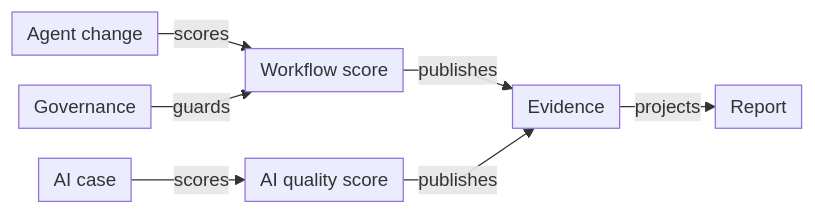
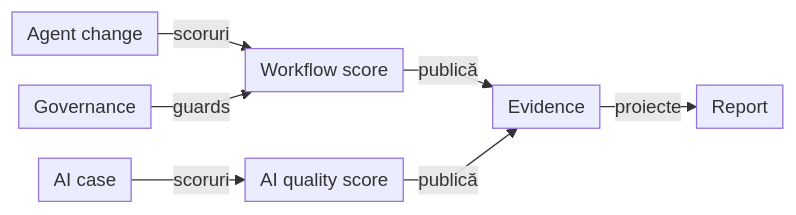
One commit to crististefanita/atf_j0 changed the fourth of 5 diagrams in docs/ATF_AI_Evaluation_Design.md. Above: the diagram before and after it, drawn with Mermaid. The commit also changed other lines of this file and 113 other files, not shown here.

````diff
--- a/docs/ATF_AI_Evaluation_Design.md
+++ b/docs/ATF_AI_Evaluation_Design.md
@@ -1458,10 +1532,10 @@
 ```mermaid
 %%{init: {"themeVariables":{"fontSize":"15px"},"themeCSS":".nodeLabel, .nodeLabel p { font-size: 15px !important; line-height: 1.35 !important; } .edgeLabel, .edgeLabel p { font-size: 12px !important; font-weight: 400 !important; line-height: 1.2 !important; } .edgeLabel .labelBkg, .edgeLabel p { background: transparent !important; } .edgeLabel foreignObject { transform: translateY(-18px); overflow: visible; } .node rect { rx: 6px; ry: 6px; } .edgeLabel [data-id=\"L_QualityProof_SharedEvidence_0\"] foreignObject { transform: translate(0px, -28px); }","flowchart":{"curve":"linear","nodeSpacing":24,"rankSpacing":24,"padding":6,"diagramPadding":20}}}%%
 flowchart LR
-    AgentChange["Agent change"] -->|scores| WorkflowProof[Workflow score]
-    AiCase["AI case"] -->|scores| QualityProof[AI quality score]
-    WorkflowProof -->|publishes| SharedEvidence["Evidence"]
-    QualityProof -->|publishes| SharedEvidence
+    AgentChange["Agent change"] -->|scoruri| WorkflowProof[Workflow score]
+    AiCase["AI case"] -->|scoruri| QualityProof[AI quality score]
+    WorkflowProof -->|publică| SharedEvidence["Evidence"]
+    QualityProof -->|publică| SharedEvidence
     Governance["Governance"] -->|guards| WorkflowProof
-    SharedEvidence -->|projects| Report["Report"]
+    SharedEvidence -->|proiecte| Report["Report"]
 ```
````
